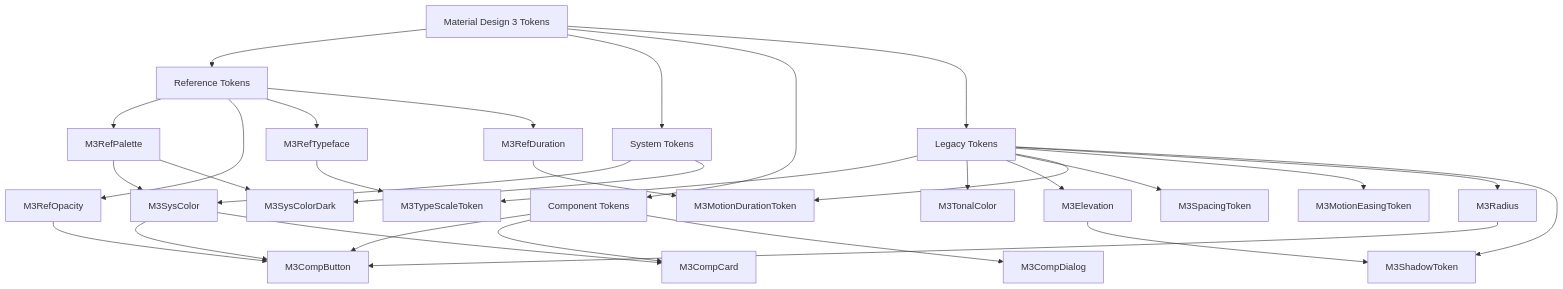
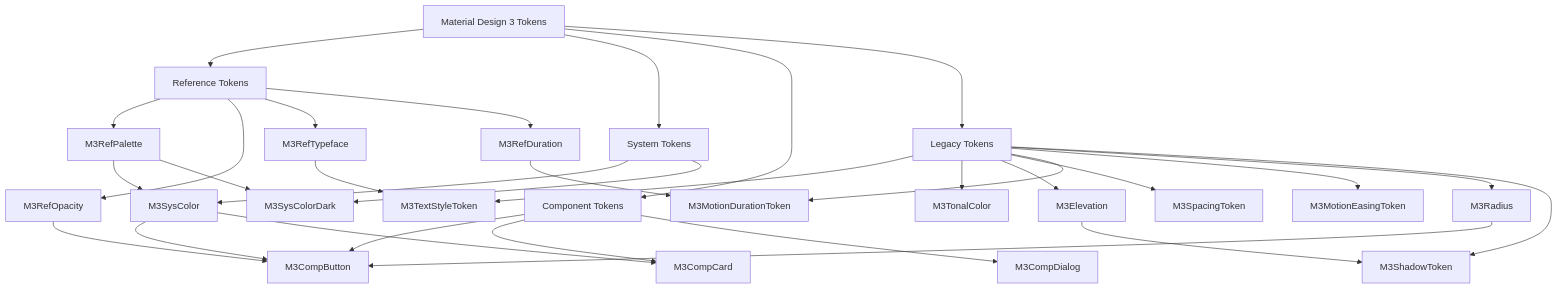
One commit to fluttely/material_design changed the first of 5 diagrams in documentation/material_design/pt_BR/maps/Token Map.md. Above: the diagram before and after it, drawn with Mermaid. The commit also changed other lines of this file and 22 other files, not shown here.

````diff
--- a/documentation/material_design/pt_BR/maps/Token Map.md
+++ b/documentation/material_design/pt_BR/maps/Token Map.md
@@ -11,41 +11,41 @@
 ```mermaid
 graph TD
     A[Material Design 3 Tokens] --> B[Reference Tokens]
     A --> C[System Tokens]
     A --> D[Component Tokens]
     A --> E[Legacy Tokens]
 
     B --> B1[M3RefPalette]
     B --> B2[M3RefOpacity]
     B --> B3[M3RefTypeface]
     B --> B4[M3RefDuration]
 
     C --> C1[M3SysColor]
     C --> C2[M3SysColorDark]
 
     D --> D1[M3CompButton]
     D --> D2[M3CompCard]
     D --> D3[M3CompDialog]
 
-    E --> E1[M3TypeScaleToken]
+    E --> E1[M3TextStyleToken]
     E --> E2[M3TonalColor]
     E --> E3[M3Elevation]
     E --> E4[M3SpacingToken]
     E --> E5[M3MotionDurationToken]
     E --> E6[M3MotionEasingToken]
     E --> E7[M3Radius]
     E --> E8[M3ShadowToken]
 
     %% Conexões de dependência
     B1 --> C1
     B1 --> C2
     B2 --> D1
     B3 --> E1
     B4 --> E5
 
     C1 --> D1
     C1 --> D2
 
     E3 --> E8
     E7 --> D1
 ```
````
